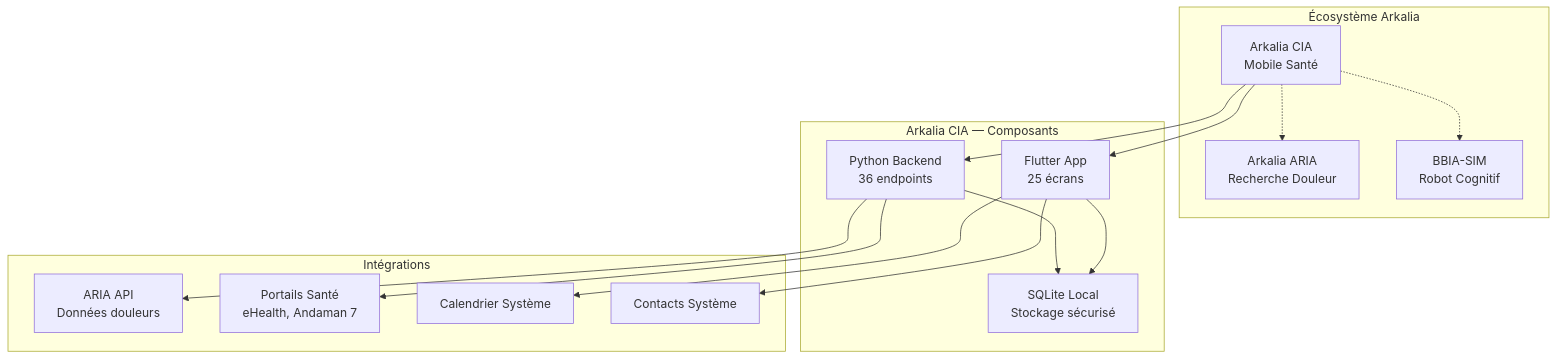
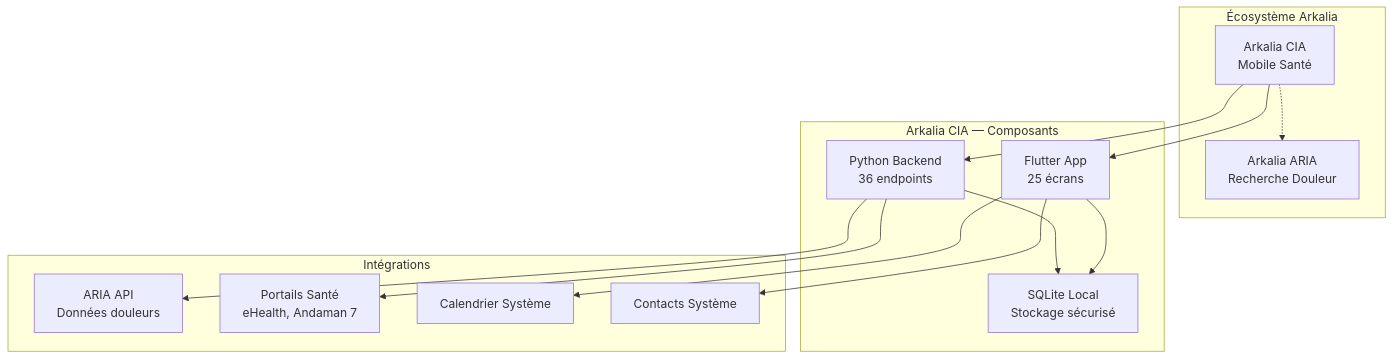
One commit to arkalia-luna-system/arkalia-cia changed the first of 8 diagrams in docs/VUE_ENSEMBLE_PROJET.md. Above: the diagram before and after it, drawn with Mermaid. The commit also changed other lines of this file and 13 other files, not shown here.

````diff
--- a/docs/VUE_ENSEMBLE_PROJET.md
+++ b/docs/VUE_ENSEMBLE_PROJET.md
@@ -23,32 +23,30 @@
 ```mermaid
 graph TB
     subgraph "Écosystème Arkalia"
         A[Arkalia CIA<br/>Mobile Santé]
         B[Arkalia ARIA<br/>Recherche Douleur]
-        C[BBIA-SIM<br/>Robot Cognitif]
     end
 
     subgraph "Arkalia CIA — Composants"
         D[Flutter App<br/>25 écrans]
         E[Python Backend<br/>36 endpoints]
         F[SQLite Local<br/>Stockage sécurisé]
     end
 
     subgraph "Intégrations"
         G[ARIA API<br/>Données douleurs]
         H[Portails Santé<br/>eHealth, Andaman 7]
         I[Calendrier Système]
         J[Contacts Système]
     end
 
     A --> D
     A --> E
     D --> F
     E --> F
     E --> G
     E --> H
     D --> I
     D --> J
     A -.-> B
-    A -.-> C
 ```
````
